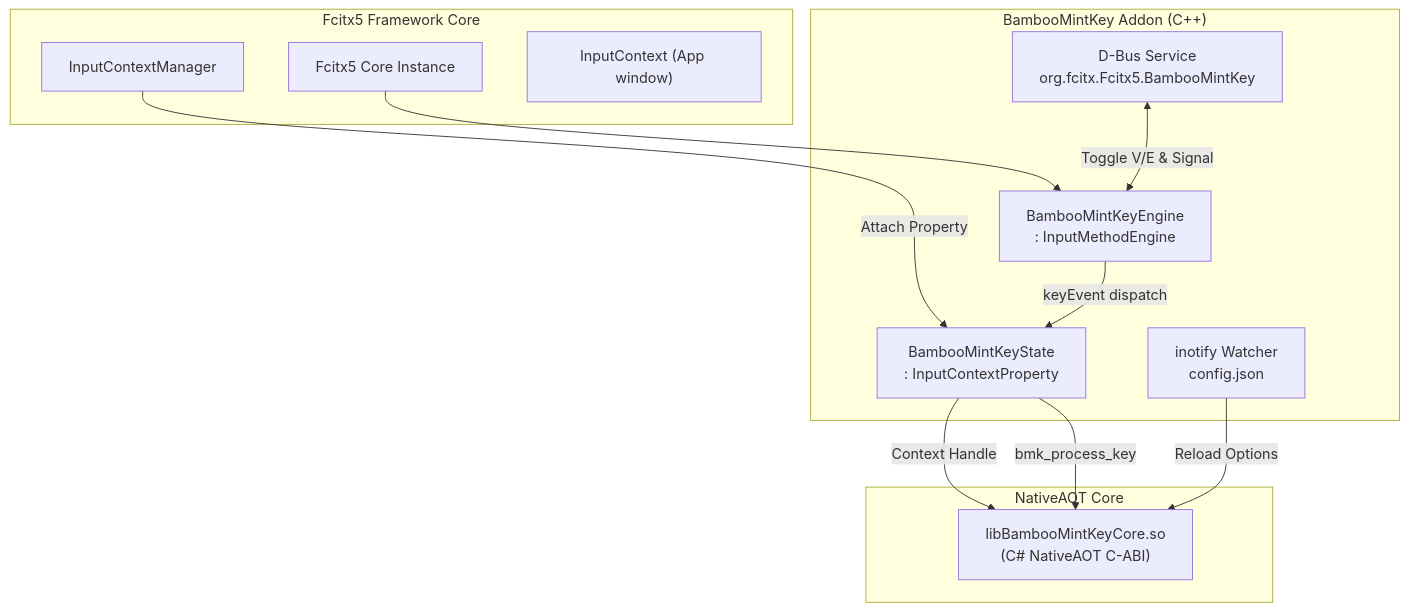
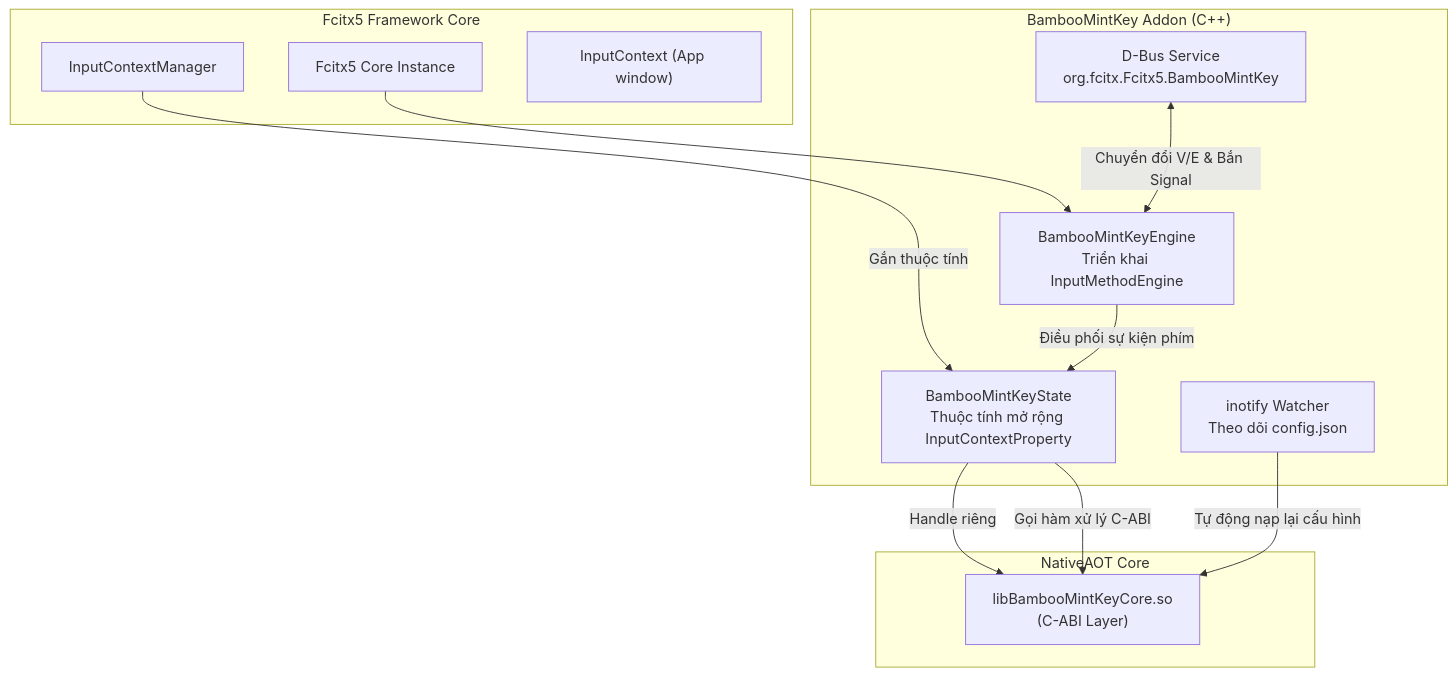
Before and after one commit to thatislg/BambooMintKey: the diagram in docs/2.Design/Phase7/007_04_Fcitx5_Addon_Design.md, drawn with Mermaid. The commit also changed other lines of this file and 3 other files, not shown here.

````diff
--- a/docs/2.Design/Phase7/007_04_Fcitx5_Addon_Design.md
+++ b/docs/2.Design/Phase7/007_04_Fcitx5_Addon_Design.md
@@ -29,28 +29,28 @@
 ```mermaid
 graph TD
     subgraph "Fcitx5 Framework Core"
         FcitxCore["Fcitx5 Core Instance"]
         ICMgr["InputContextManager"]
         IC["InputContext (App window)"]
     end
 
     subgraph "BambooMintKey Addon (C++)"
-        Engine["BambooMintKeyEngine<br/>: InputMethodEngine"]
-        State["BambooMintKeyState<br/>: InputContextProperty"]
+        Engine["BambooMintKeyEngine<br/>Triển khai InputMethodEngine"]
+        State["BambooMintKeyState<br/>Thuộc tính mở rộng InputContextProperty"]
         DBusSvc["D-Bus Service<br/>org.fcitx.Fcitx5.BambooMintKey"]
-        InotifyW["inotify Watcher<br/>config.json"]
+        InotifyW["inotify Watcher<br/>Theo dõi config.json"]
     end
 
     subgraph "NativeAOT Core"
-        CABI["libBambooMintKeyCore.so<br/>(C# NativeAOT C-ABI)"]
+        CABI["libBambooMintKeyCore.so<br/>(C-ABI Layer)"]
     end
 
     FcitxCore --> Engine
-    ICMgr -->|Attach Property| State
-    State -->|Context Handle| CABI
-    Engine -->|keyEvent dispatch| State
-    State -->|bmk_process_key| CABI
+    ICMgr -->|Gắn thuộc tính| State
+    State -->|Handle riêng| CABI
+    Engine -->|Điều phối sự kiện phím| State
+    State -->|Gọi hàm xử lý C-ABI| CABI
     
-    DBusSvc <-->|Toggle V/E & Signal| Engine
-    InotifyW -->|Reload Options| CABI
+    DBusSvc <-->|Chuyển đổi V/E & Bắn Signal| Engine
+    InotifyW -->|Tự động nạp lại cấu hình| CABI
 ```
````
